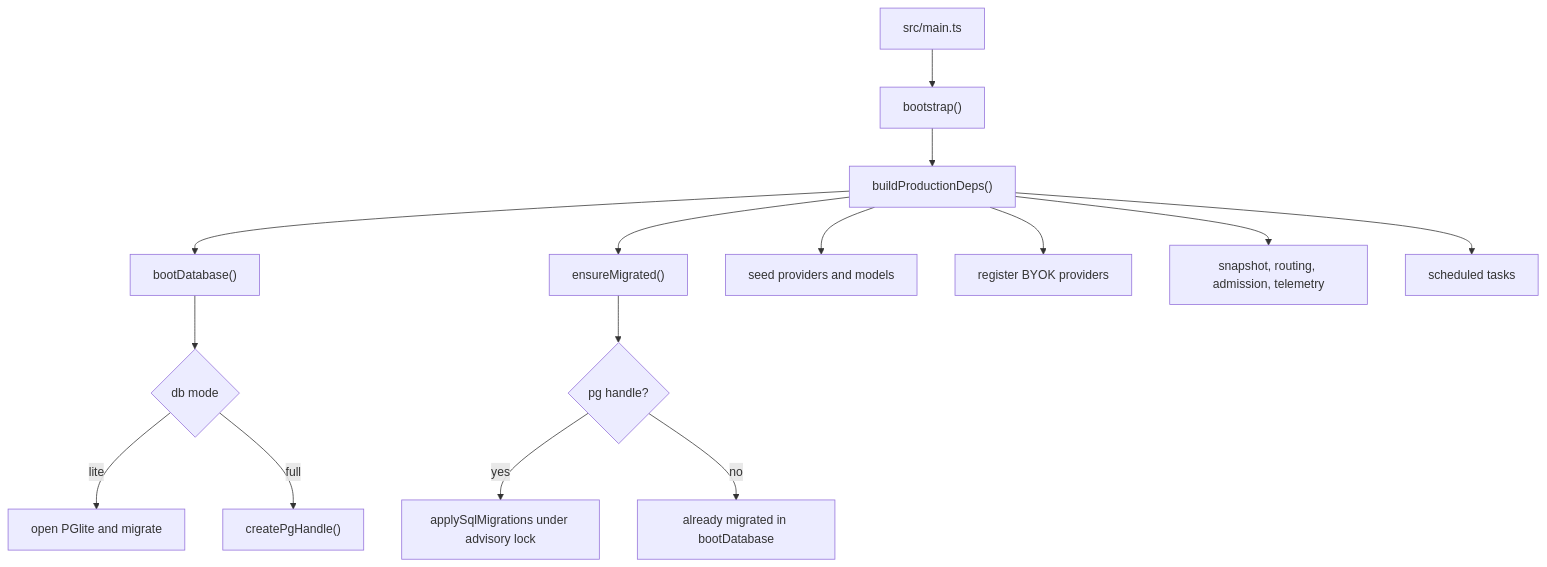
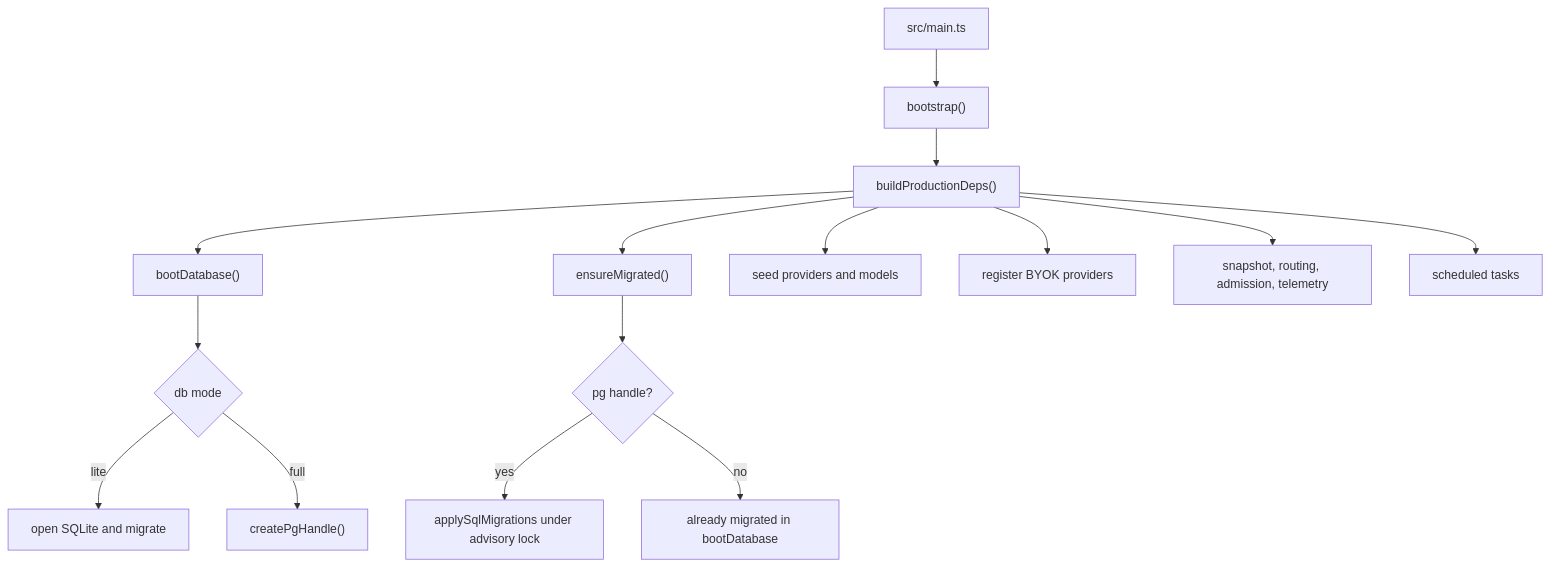
One commit to risunCode/Cartethyia changed the first of 2 diagrams in documentation/backend.md. Above: the diagram before and after it, drawn with Mermaid. The commit also changed other lines of this file and 56 other files, not shown here.

First line of the commit message:
feat(persistence): replace PGlite with SQLite and cut payload capture memory

````diff
--- a/documentation/backend.md
+++ b/documentation/backend.md
@@ -11,17 +11,17 @@
 ```mermaid
 flowchart TD
   A["src/main.ts"] --> B["bootstrap()"]
   B --> C["buildProductionDeps()"]
   C --> D["bootDatabase()"]
   D --> E{"db mode"}
-  E -->|lite| F["open PGlite and migrate"]
+  E -->|lite| F["open SQLite and migrate"]
   E -->|full| G["createPgHandle()"]
   C --> H["ensureMigrated()"]
   H --> I{"pg handle?"}
   I -->|yes| J["applySqlMigrations under advisory lock"]
   I -->|no| K["already migrated in bootDatabase"]
   C --> L["seed providers and models"]
   C --> M["register BYOK providers"]
   C --> N["snapshot, routing, admission, telemetry"]
   C --> O["scheduled tasks"]
 ```
````
